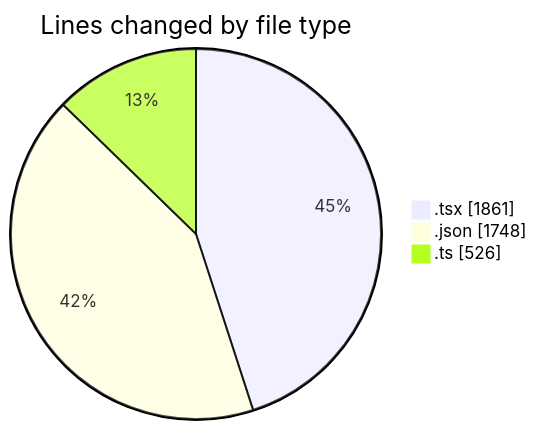
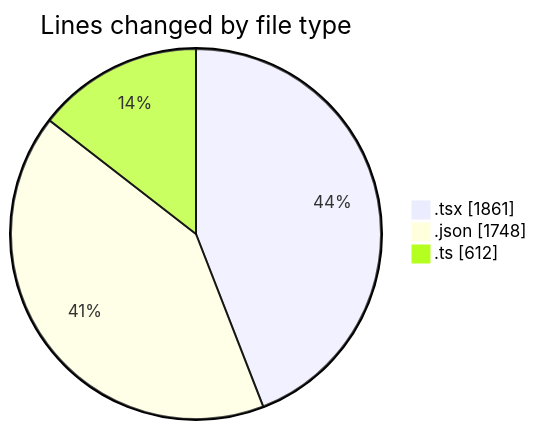
Before and after one commit to julien-gomy/code-tracking: the first of 2 diagrams in 2025-10-30/eventscop-frontend-guide__workspace_/README.md, drawn with Mermaid. The commit also changed other lines of this file and 1 other file, not shown here.

````diff
--- a/2025-10-30/eventscop-frontend-guide__workspace_/README.md
+++ b/2025-10-30/eventscop-frontend-guide__workspace_/README.md
@@ -38,7 +39,7 @@
 ```mermaid
 pie showData
 title Lines changed by file type
 ".tsx" : 1861
 ".json" : 1748
-".ts" : 526
+".ts" : 612
 ```
````
